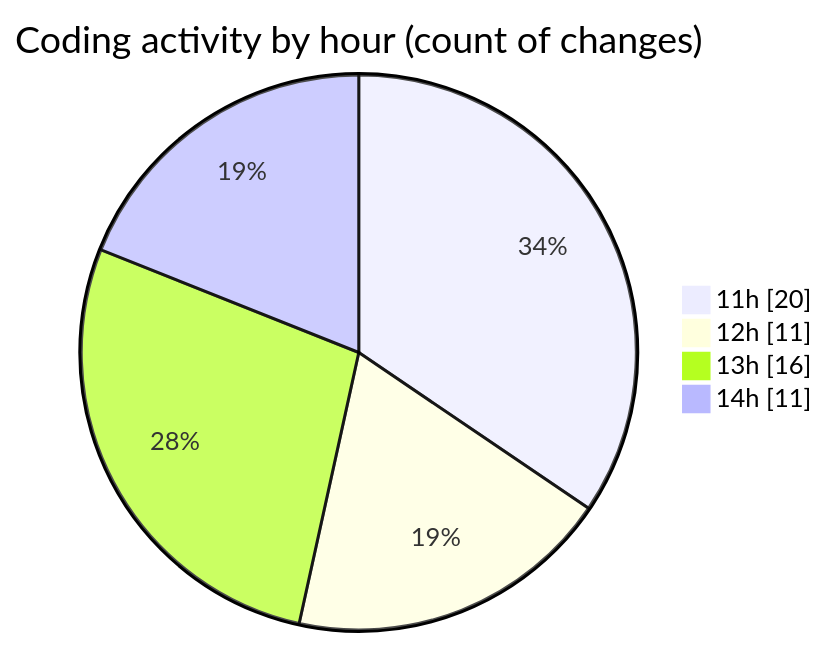
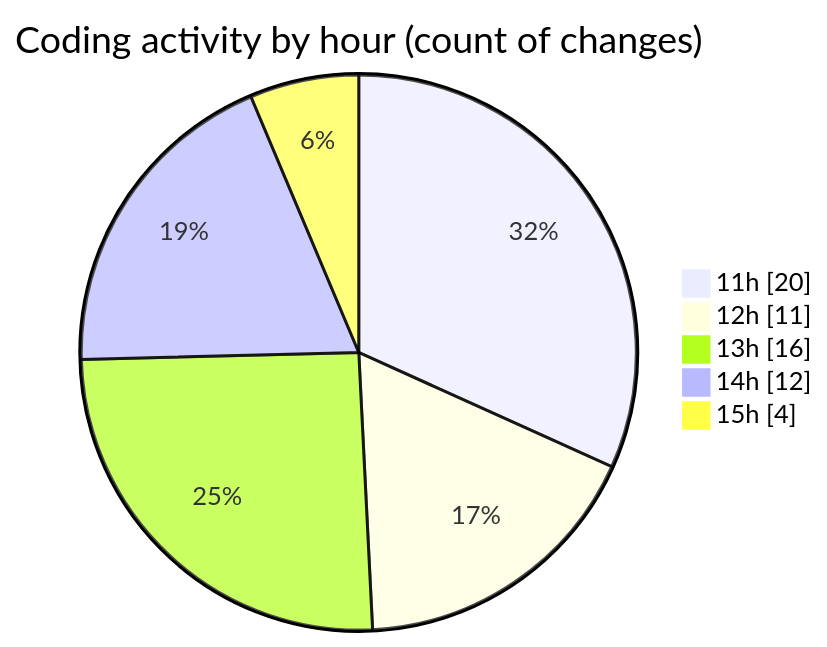
Before and after one commit to nxtqubesakshisongat/code-tracking: the second of 2 diagrams in 2025-09-24/nxtqube_webapp/README.md, drawn with Mermaid. The commit also changed other lines of this file and 1 other file, not shown here.

````diff
--- a/2025-09-24/nxtqube_webapp/README.md
+++ b/2025-09-24/nxtqube_webapp/README.md
@@ -32,8 +32,9 @@
 ```mermaid
 pie showData
 title Coding activity by hour (count of changes)
 "11h" : 20
 "12h" : 11
 "13h" : 16
-"14h" : 11
+"14h" : 12
+"15h" : 4
 ```
````
